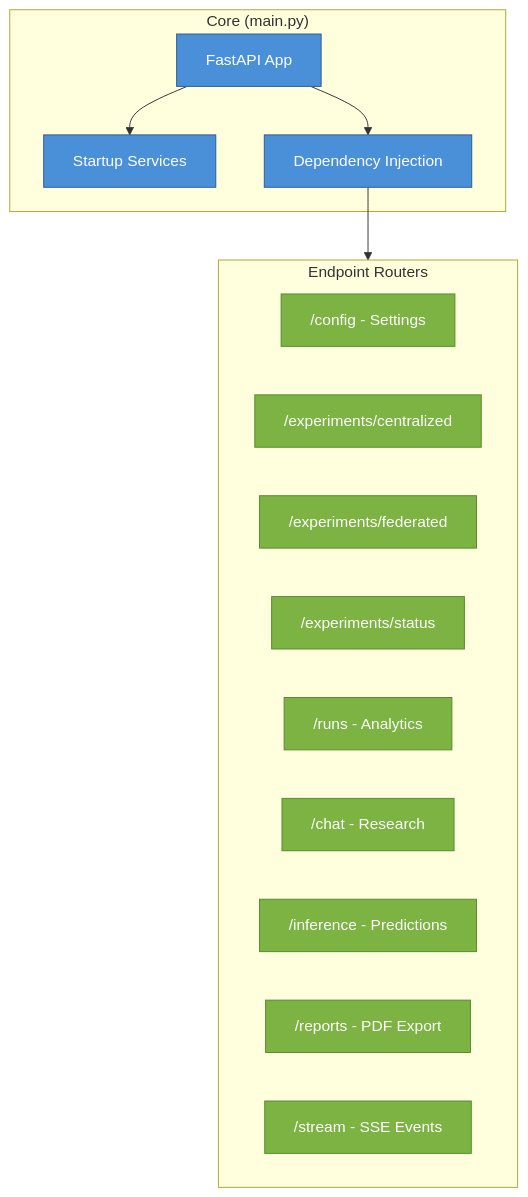
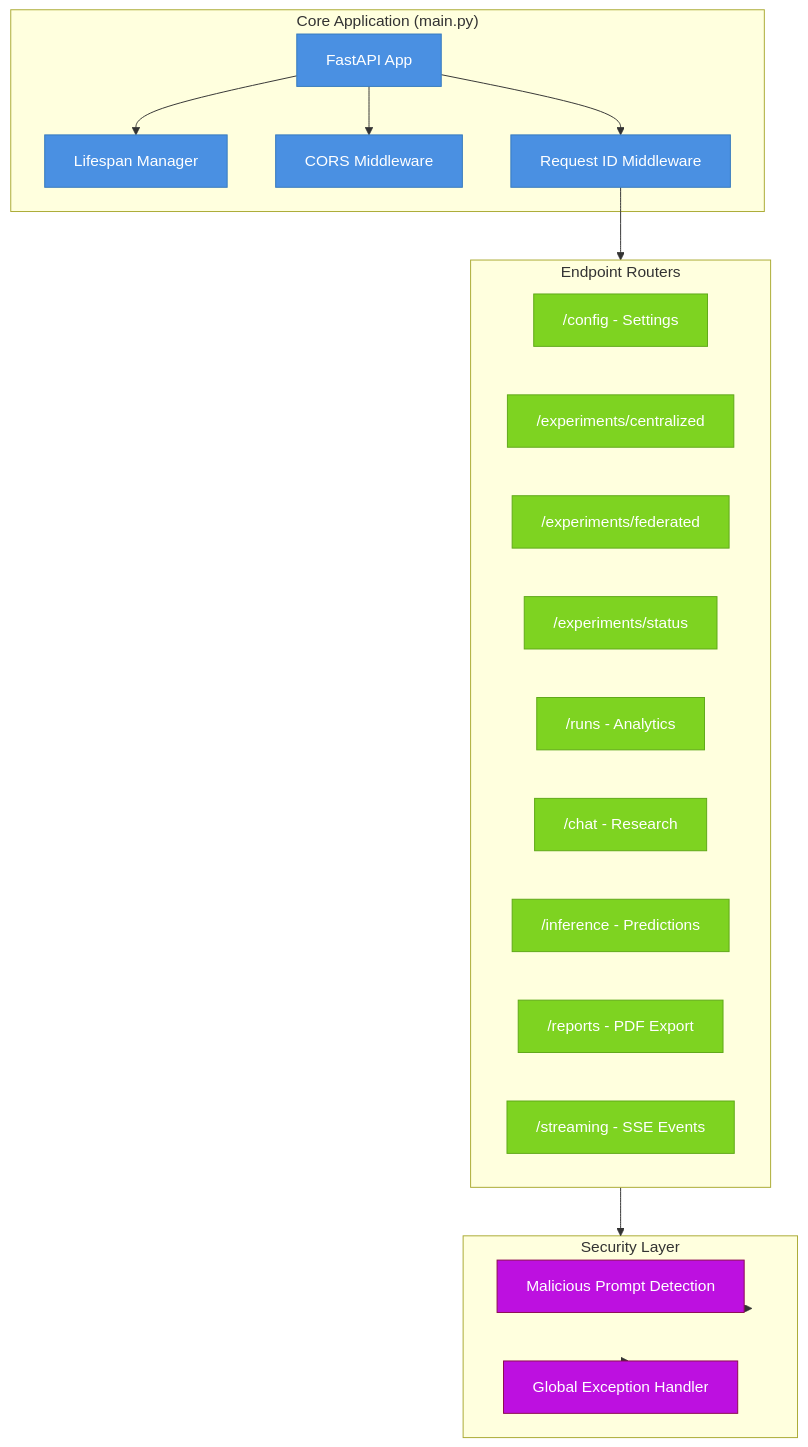
The second of 6 diagrams in federated_pneumonia_detection/src/api/README.md (h19overflow/federated_learning), drawn with Mermaid before and after one commit. The commit also changed other lines of this file and 8 other files, not shown here.

````diff
--- a/federated_pneumonia_detection/src/api/README.md
+++ b/federated_pneumonia_detection/src/api/README.md
@@ -44,29 +63,42 @@
 ```mermaid
 graph TD
-    subgraph Core["Core (main.py)"]
+    subgraph Core["Core Application (main.py)"]
         App[FastAPI App]
-        Life[Startup Services]
-        DI[Dependency Injection]
+        Life[Lifespan Manager]
+        CORS[CORS Middleware]
+        ReqID[Request ID Middleware]
     end
 
     subgraph Routers["Endpoint Routers"]
-        R1["/config" - Settings]
+        R1["/config - Settings"]
         R2["/experiments/centralized"]
         R3["/experiments/federated"]
         R4["/experiments/status"]
-        R5["/runs" - Analytics]
-        R6["/chat" - Research]
-        R7["/inference" - Predictions]
-        R8["/reports" - PDF Export]
-        R9["/stream" - SSE Events]
+        R5["/runs - Analytics"]
+        R6["/chat - Research"]
+        R7["/inference - Predictions"]
+        R8["/reports - PDF Export"]
+        R9["/streaming - SSE Events"]
+    end
+
+    subgraph Security["Security Layer"]
+        Prompt[Malicious Prompt Detection]
+        ErrorHandler[Global Exception Handler]
     end
 
     App --> Life
-    App --> DI
-    DI --> Routers
+    App --> CORS
+    App --> ReqID
+    ReqID --> Routers
+    Routers --> Security
+    Security --> Prompt
+    Security --> ErrorHandler
 
-    classDef core fill:#4A90D9,stroke:#2E5A8C,color:#fff
-    classDef router fill:#7CB342,stroke:#558B2F,color:#fff
-    class App,Life,DI core
+    classDef core fill:#4A90E2,stroke:#357ABD,color:#fff
+    classDef router fill:#7ED321,stroke:#5FA818,color:#fff
+    classDef security fill:#BD10E0,stroke:#8B0A50,color:#fff
+
+    class App,Life,CORS,ReqID core
     class R1,R2,R3,R4,R5,R6,R7,R8,R9 router
+    class Prompt,ErrorHandler security
 ```
````
